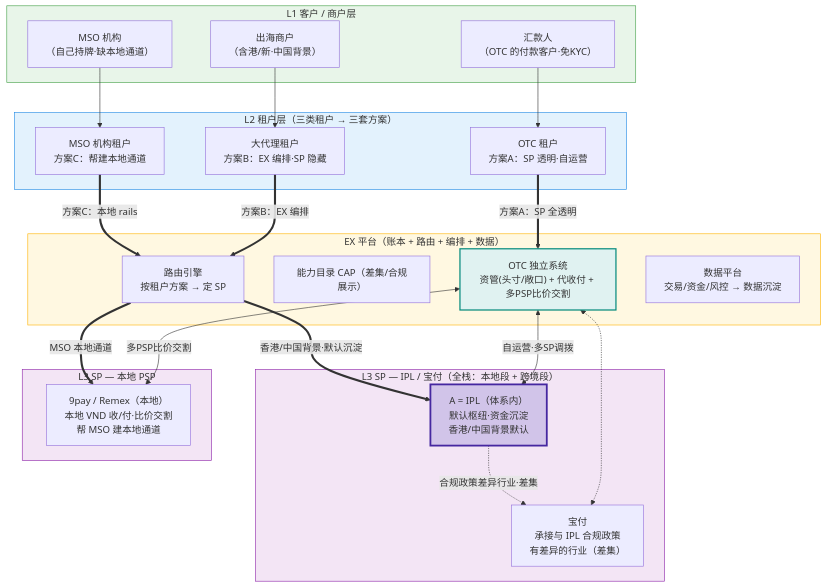
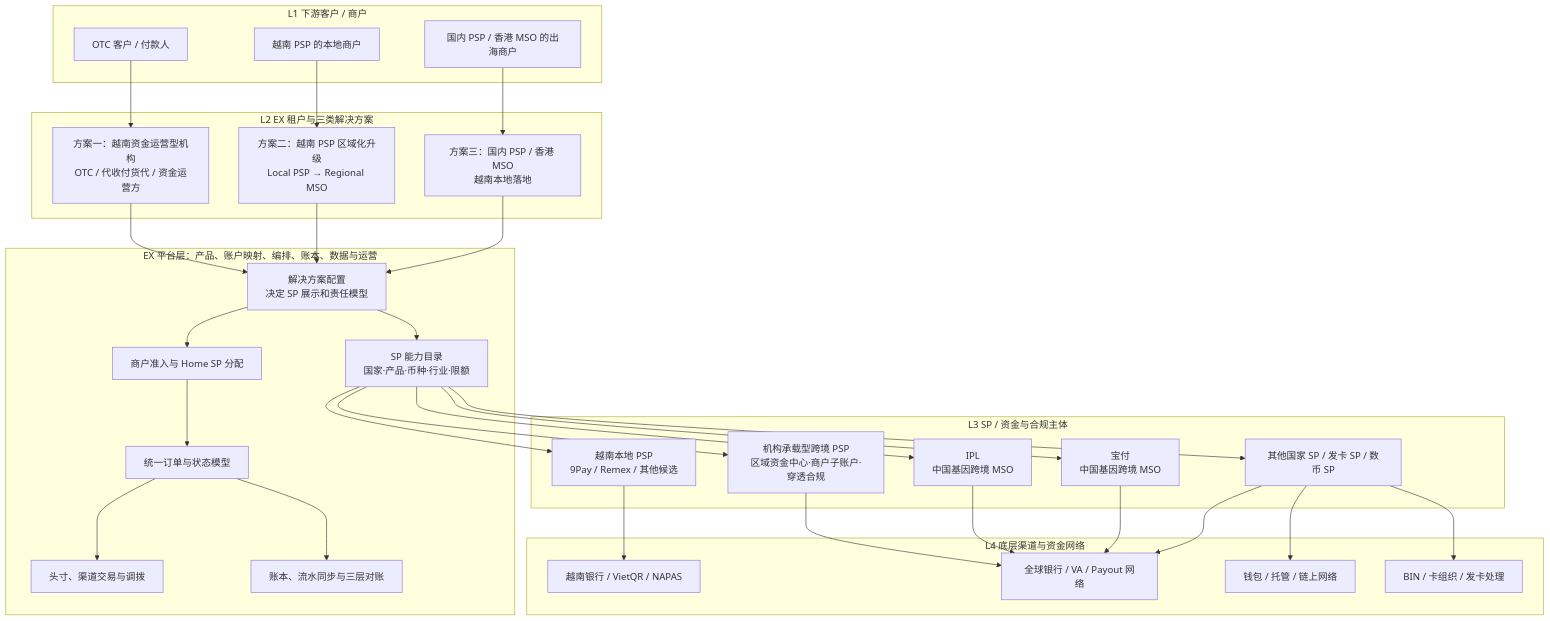
One commit to xiaoxiaoangie/EX-NEW changed the diagram in vietnam/vietnam-multi-sp-architecture.md. Above: the diagram before and after it, drawn with Mermaid. The commit also changed other lines of this file and 3 other files, not shown here.

````diff
--- a/vietnam/vietnam-multi-sp-architecture.md
+++ b/vietnam/vietnam-multi-sp-architecture.md
@@ -99,54 +354,65 @@
 ```mermaid
-flowchart TD
-    subgraph L1["L1 客户 / 商户层"]
-        M1["汇款人<br/>（OTC 的付款客户·免KYC）"]
-        M2["出海商户<br/>（含港/新·中国背景）"]
-        M3["MSO 机构<br/>（自己持牌·缺本地通道）"]
+flowchart TB
+    subgraph L1["L1 下游客户 / 商户"]
+        C1["OTC 客户 / 付款人"]
+        C2["越南 PSP 的本地商户"]
+        C3["国内 PSP / 香港 MSO 的出海商户"]
     end
 
-    subgraph L2["L2 租户层（三类租户 → 三套方案）"]
-        T1["OTC 租户<br/>方案A：SP 透明·自运营"]
-        T2["大代理租户<br/>方案B：EX 编排·SP 隐藏"]
-        T3["MSO 机构租户<br/>方案C：帮建本地通道"]
+    subgraph L2["L2 EX 租户与三类解决方案"]
+        T1["方案一：越南资金运营型机构<br/>OTC / 代收付货代 / 资金运营方"]
+        T2["方案二：越南 PSP 区域化升级<br/>Local PSP → Regional MSO"]
+        T3["方案三：国内 PSP / 香港 MSO<br/>越南本地落地"]
     end
 
-    subgraph EXP["EX 平台（账本 + 路由 + 编排 + 数据）"]
-        OTCSYS["OTC 独立系统<br/>资管(头寸/敞口) + 代收付 + 多PSP比价交割"]
-        CAP["能力目录 CAP（差集/合规展示）"]
-        ROUTE["路由引擎<br/>按租户方案 → 定 SP"]
-        DATA["数据平台<br/>交易/资金/风控 → 数据沉淀"]
+    subgraph EX["EX 平台层：产品、账户映射、编排、账本、数据与运营"]
+        SOL["解决方案配置<br/>决定 SP 展示和责任模型"]
+        CAP["SP 能力目录<br/>国家·产品·币种·行业·限额"]
+        ONB["商户准入与 Home SP 分配"]
+        ORD["统一订单与状态模型"]
+        TRE["头寸、渠道交易与调拨"]
+        LED["账本、流水同步与三层对账"]
     end
 
-    subgraph L3A["L3 SP — IPL / 宝付（全栈：本地段 + 跨境段）"]
-        A["A = IPL（体系内）<br/>默认枢纽·资金沉淀<br/>香港/中国背景默认"]
-        BF["宝付<br/>承接与 IPL 合规政策<br/>有差异的行业（差集）"]
+    subgraph L3["L3 SP / 资金与合规主体"]
+        VNPSP["越南本地 PSP<br/>9Pay / Remex / 其他候选"]
+        SPONSOR["机构承载型跨境 PSP<br/>区域资金中心·商户子账户·穿透合规"]
+        IPL["IPL<br/>中国基因跨境 MSO"]
+        BF["宝付<br/>中国基因跨境 MSO"]
+        OSP["其他国家 SP / 发卡 SP / 数币 SP"]
     end
 
-    subgraph L3B["L3 SP — 本地 PSP"]
-        LOCAL["9pay / Remex（本地）<br/>本地 VND 收/付·比价交割<br/>帮 MSO 建本地通道"]
+    subgraph L4["L4 底层渠道与资金网络"]
+        VNB["越南银行 / VietQR / NAPAS"]
+        GBN["全球银行 / VA / Payout 网络"]
+        WAL["钱包 / 托管 / 链上网络"]
+        CARD["BIN / 卡组织 / 发卡处理"]
     end
 
-    M1 --> T1
-    M2 --> T2
-    M3 --> T3
+    C1 --> T1
+    C2 --> T2
+    C3 --> T3
 
-    T1 ==>|"方案A：SP 全透明"| OTCSYS
-    T2 ==>|"方案B：EX 编排"| ROUTE
-    T3 ==>|"方案C：本地 rails"| ROUTE
+    T1 --> SOL
+    T2 --> SOL
+    T3 --> SOL
+    SOL --> CAP
+    SOL --> ONB
+    ONB --> ORD
+    ORD --> TRE
+    ORD --> LED
 
-    OTCSYS <-->|"自运营·多SP调拨"| A
-    OTCSYS <-->|"多PSP比价交割"| LOCAL
-    OTCSYS <-.-> BF
+    CAP --> VNPSP
+    CAP --> SPONSOR
+    CAP --> IPL
+    CAP --> BF
+    CAP --> OSP
 
-    ROUTE ==>|"香港/中国背景·默认沉淀"| A
-    A -.->|"合规政策差异行业·差集"| BF
-    ROUTE ==>|"MSO 本地通道"| LOCAL
-
-    style L1 fill:#E8F5E9,stroke:#43A047
-    style L2 fill:#E3F2FD,stroke:#1E88E5
-    style EXP fill:#FFF8E1,stroke:#FFB300
-    style L3A fill:#F3E5F5,stroke:#8E24AA
-    style L3B fill:#F3E5F5,stroke:#8E24AA
-    style A fill:#D1C4E9,stroke:#4527A0,stroke-width:3px
-    style OTCSYS fill:#E0F2F1,stroke:#00897B,stroke-width:2px
+    VNPSP --> VNB
+    SPONSOR --> GBN
+    IPL --> GBN
+    BF --> GBN
+    OSP --> GBN
+    OSP --> WAL
+    OSP --> CARD
 ```
````
